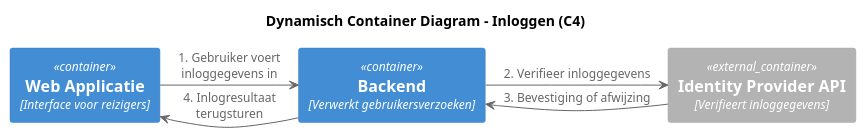
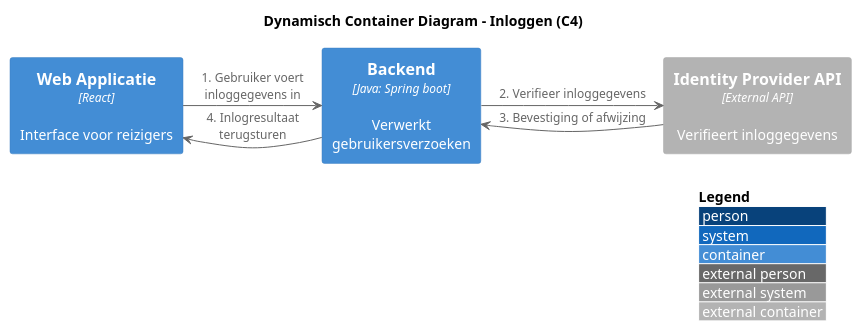
One commit to AIM-ENE-feb25/triptop-groep-b2 changed the first of 2 diagrams in dynamic-container-diagram.puml. Above: the diagram before and after it, drawn with PlantUML. The commit also changed other lines of this file and 4 other files, not shown here.

Commit message:
updated diagrams

```diff
--- a/dynamic-container-diagram.puml
+++ b/dynamic-container-diagram.puml
@@ -1,15 +1,16 @@
 @startuml Dynamic_Container_Login
 !include https://raw.githubusercontent.com/plantuml-stdlib/C4-PlantUML/master/C4_Container.puml
 
 title Dynamisch Container Diagram - Inloggen (C4)
+LAYOUT_WITH_LEGEND()
 
-Container(WebApp, "Web Applicatie", "Interface voor reizigers")
-Container(Backend, "Backend", "Verwerkt gebruikersverzoeken")
-Container_Ext(IdentityProvider, "Identity Provider API", "Verifieert inloggegevens")
+Container(WebApp, "Web Applicatie", "React", "Interface voor reizigers")
+Container(Backend, "Backend", "Java: Spring boot", "Verwerkt gebruikersverzoeken")
+Container_Ext(IdentityProvider, "Identity Provider API", "External API", "Verifieert inloggegevens")
 
 WebApp -> Backend : 1. Gebruiker voert inloggegevens in
 Backend -> IdentityProvider : 2. Verifieer inloggegevens
 IdentityProvider -> Backend : 3. Bevestiging of afwijzing
 Backend -> WebApp : 4. Inlogresultaat terugsturen
 
 @enduml
```
